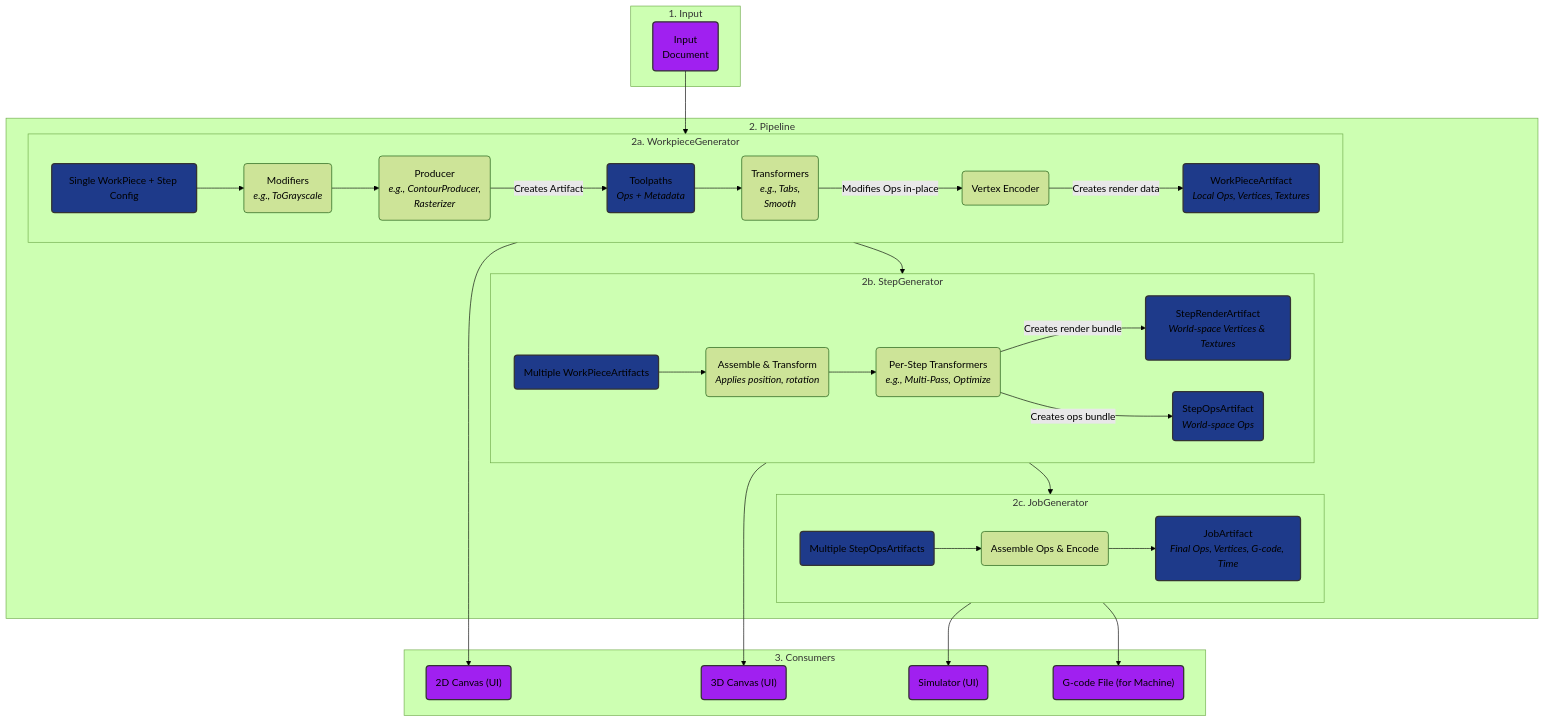
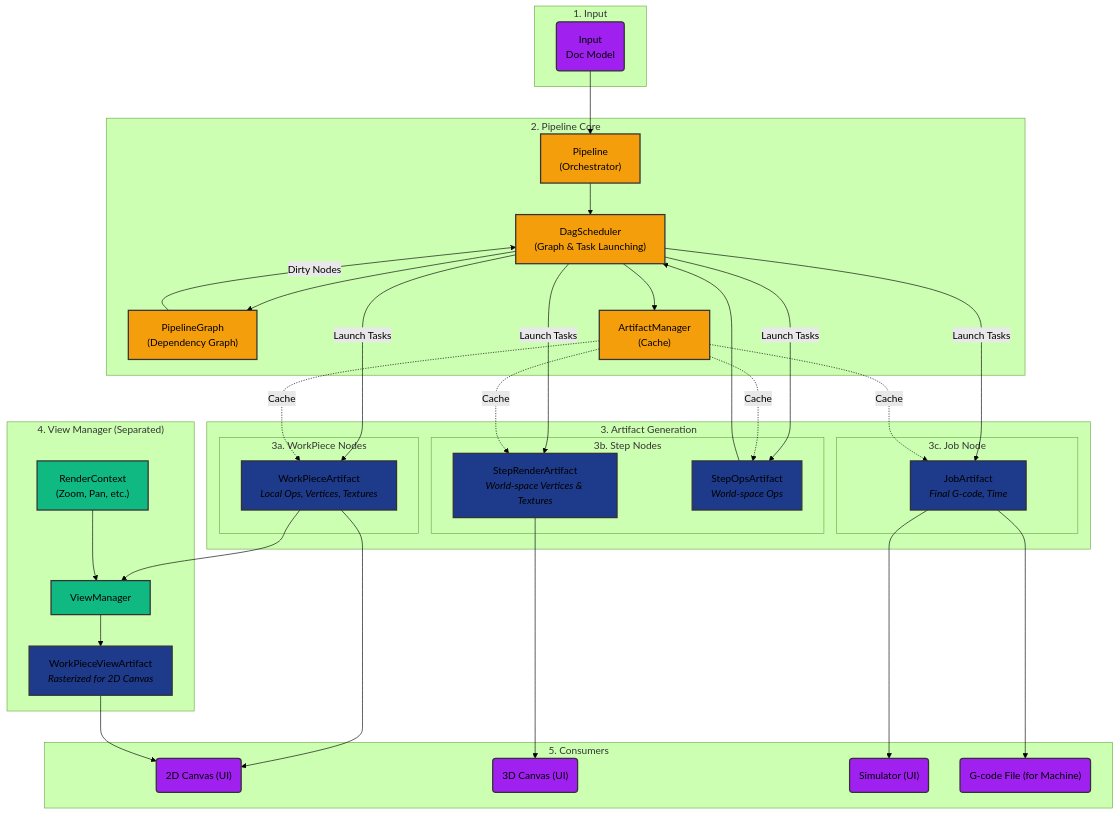
Before and after one commit to yuri-schmaltz/my-rayforge: the diagram in website/content/docs/developer/pipeline.md, drawn with Mermaid (forest theme). The commit also changed other lines of this file and 21 other files, not shown here.

Commit message:
pipeline: refactor view stage into a separate view manager outside of the pipeline

````diff
--- a/website/content/docs/developer/pipeline.md
+++ b/website/content/docs/developer/pipeline.md
@@ -7,55 +8,77 @@
 ```mermaid
 graph TD
     subgraph "1. Input"
-        Input("Input<br/>Document")
+        Input("Input<br/>Doc Model")
     end
 
-    subgraph "2. Pipeline"
-        subgraph "2a. WorkpieceGenerator"
-            direction LR
-            A(Single WorkPiece + Step Config);
-            A --> B(Modifiers<br/><i>e.g., ToGrayscale</i>);
-            B --> C(Producer<br/><i>e.g., ContourProducer,<br/>Rasterizer</i>);
-            C -- "Creates Artifact" --> D("Toolpaths<br/><i>Ops + Metadata</i>");
-            D --> E(Transformers<br/><i>e.g., Tabs,<br/>Smooth</i>);
-            E -- "Modifies Ops in-place" --> F(Vertex Encoder);
-            F -- "Creates render data" --> G("WorkPieceArtifact<br/><i>Local Ops, Vertices, Textures</i>");
+    subgraph "2. Pipeline Core"
+        Pipeline["Pipeline<br/>(Orchestrator)"]
+        DAG["DagScheduler<br/>(Graph & Task Launching)"]
+        Graph["PipelineGraph<br/>(Dependency Graph)"]
+        AM["ArtifactManager<br/>(Cache)"]
+    end
+
+    subgraph "3. Artifact Generation"
+        subgraph "3a. WorkPiece Nodes"
+            WP["WorkPieceArtifact<br/><i>Local Ops, Vertices, Textures</i>"]
         end
 
-        subgraph "2b. StepGenerator"
-            direction LR
-            H("Multiple WorkPieceArtifacts");
-            H --> I(Assemble & Transform<br/><i>Applies position, rotation</i>);
-            I --> J(Per-Step Transformers<br/><i>e.g., Multi-Pass, Optimize</i>);
-            J -- "Creates render bundle" --> K("StepRenderArtifact<br/><i>World-space Vertices & Textures</i>")
-            J -- "Creates ops bundle" --> L("StepOpsArtifact<br/><i>World-space Ops</i>")
+        subgraph "3b. Step Nodes"
+            SR["StepRenderArtifact<br/><i>World-space Vertices & Textures</i>"]
+            SO["StepOpsArtifact<br/><i>World-space Ops</i>"]
         end
 
-        subgraph "2c. JobGenerator"
-            direction LR
-            M("Multiple StepOpsArtifacts");
-            M --> N(Assemble Ops & Encode);
-            N --> O("JobArtifact<br/><i>Final Ops, Vertices, G-code, Time</i>");
+        subgraph "3c. Job Node"
+            JA["JobArtifact<br/><i>Final G-code, Time</i>"]
         end
     end
 
-    subgraph "3. Consumers"
+    subgraph "4. View Manager (Separated)"
+        VM["ViewManager"]
+        VC["RenderContext<br/>(Zoom, Pan, etc.)"]
+        WV["WorkPieceViewArtifact<br/><i>Rasterized for 2D Canvas</i>"]
+    end
+
+    subgraph "5. Consumers"
         Vis2D("2D Canvas (UI)")
         Vis3D("3D Canvas (UI)")
         Simulator("Simulator (UI)")
         File("G-code File (for Machine)")
     end
 
-    Input --> A;
-    G --> H;
-    G --> Vis2D;
-    K --> Vis3D;
-    L --> M;
-    O --> Simulator;
-    O --> File;
+    Input --> Pipeline
+    Pipeline --> DAG
+    DAG --> Graph
+    DAG --> AM
+
+    Graph -->|"Dirty Nodes"| DAG
+    DAG -->|"Launch Tasks"| WP
+    DAG -->|"Launch Tasks"| SR
+    DAG -->|"Launch Tasks"| SO
+    DAG -->|"Launch Tasks"| JA
+
+    AM -.->|"Cache"| WP
+    AM -.->|"Cache"| SR
+    AM -.->|"Cache"| SO
+    AM -.->|"Cache"| JA
+
+    WP --> Vis2D
+    WP --> VM
+    SR --> Vis3D
+    SO --> DAG
+    JA --> Simulator
+    JA --> File
+
+    VC --> VM
+    VM --> WV
+    WV --> Vis2D
 
     classDef io fill:#a020f0,stroke:#333,stroke-width:2px;
-    classDef output fill:#1e3a8a,stroke:#333,stroke-width:2px,max-width:500px;
+    classDef core fill:#f59e0b,stroke:#333,stroke-width:2px;
+    classDef artifact fill:#1e3a8a,stroke:#333,stroke-width:2px;
+    classDef view fill:#10b981,stroke:#333,stroke-width:2px;
     class Input,Vis2D,Vis3D,Simulator,File io;
-    class A,D,G,H,K,L,M,O output;
+    class Pipeline,DAG,Graph,AM core;
+    class WP,SR,SO,JA,WV artifact;
+    class VM,VC view;
 ```
````
